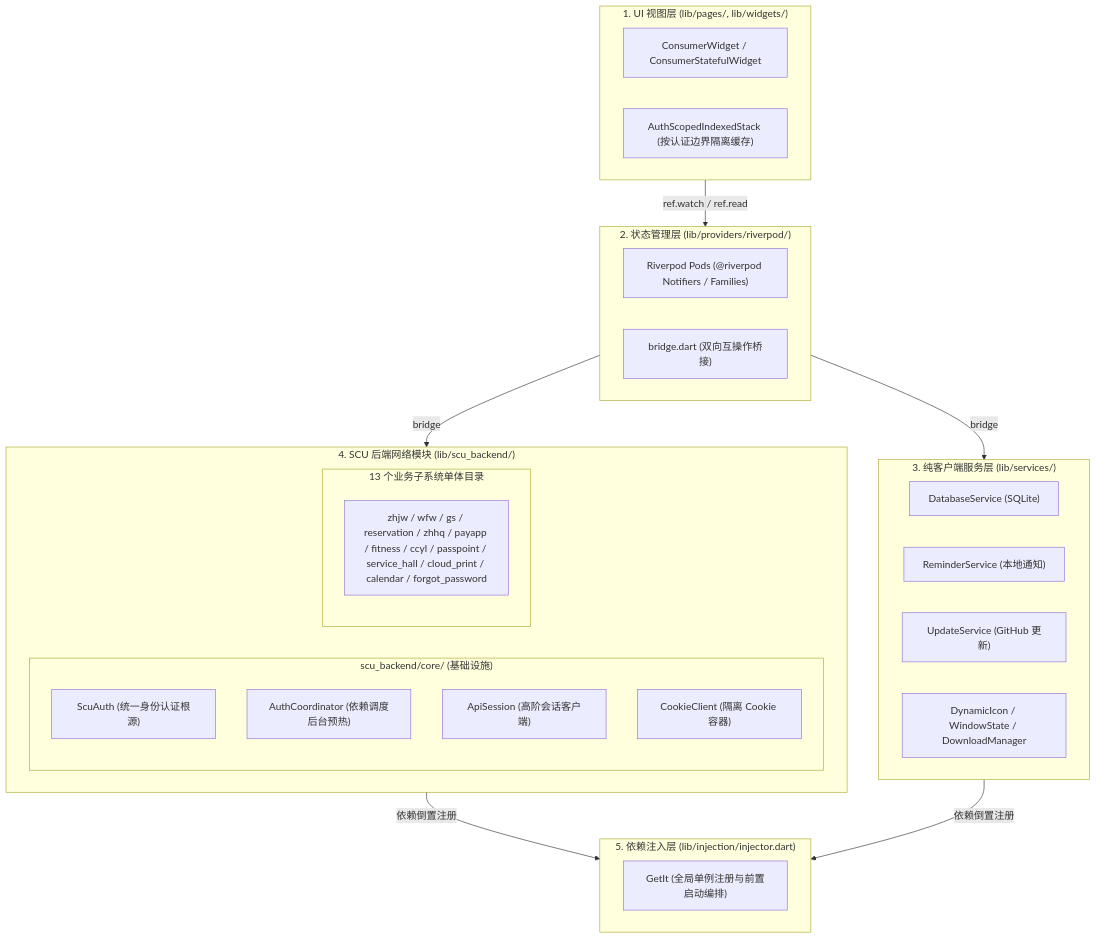
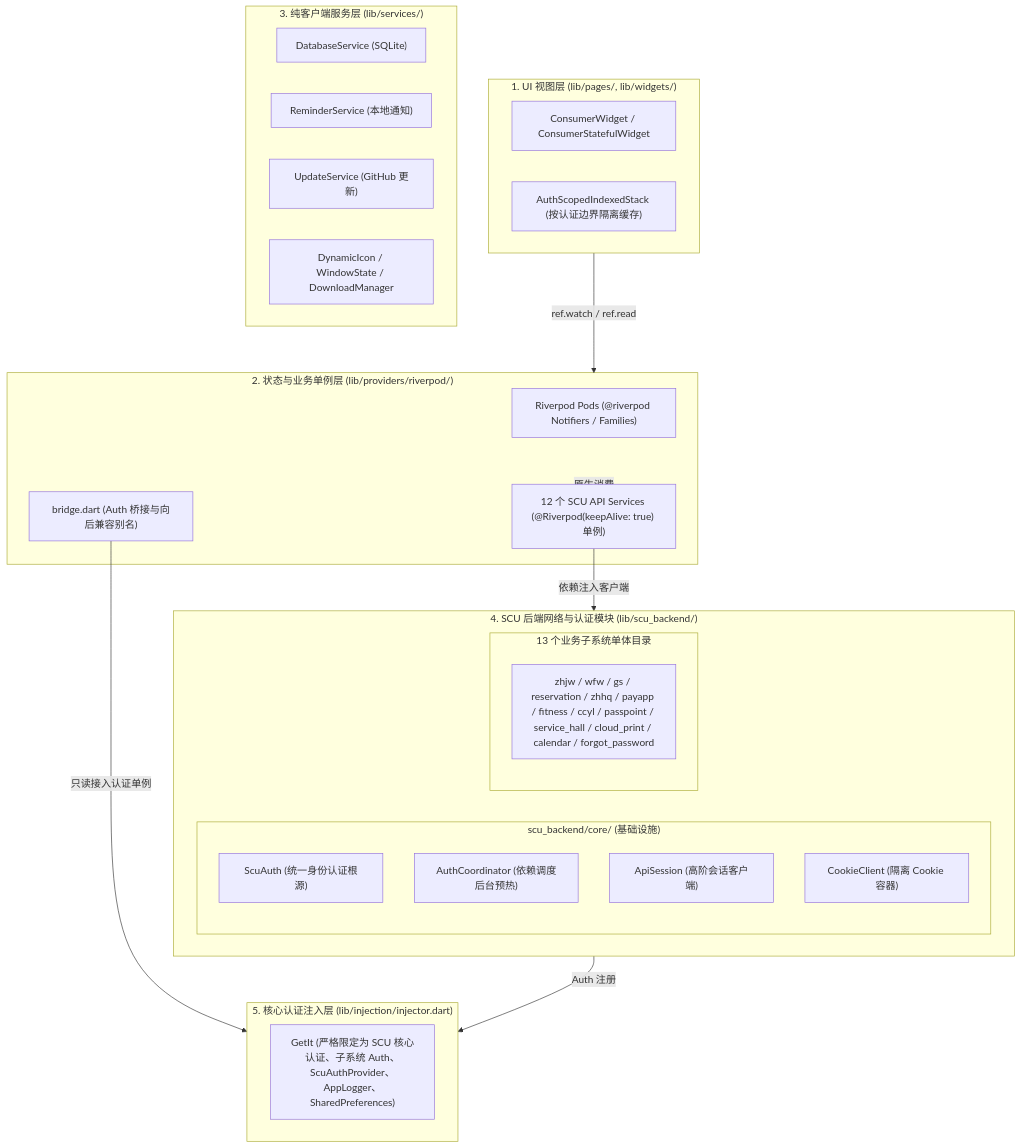
The diagram in docs/architecture/modernized-state-and-network.md (The-Brotherhood-of-SCU/Bugaoshan), drawn with Mermaid before and after one commit. The commit also changed other lines of this file and 84 other files, not shown here.

Commit message:
refactor: migrate from AppConfigProvider to Riverpod settings providers

````diff
--- a/docs/architecture/modernized-state-and-network.md
+++ b/docs/architecture/modernized-state-and-network.md
@@ -31,41 +31,42 @@
 ```mermaid
 flowchart TB
     subgraph UI["1. UI 视图层 (lib/pages/, lib/widgets/)"]
         CW["ConsumerWidget / ConsumerStatefulWidget"]
         AS["AuthScopedIndexedStack (按认证边界隔离缓存)"]
     end
 
-    subgraph State["2. 状态管理层 (lib/providers/riverpod/)"]
+    subgraph State["2. 状态与业务单例层 (lib/providers/riverpod/)"]
         Pods["Riverpod Pods (@riverpod Notifiers / Families)"]
-        Bridge["bridge.dart (双向互操作桥接)"]
+        ApiPods["12 个 SCU API Services (@Riverpod(keepAlive: true) 单例)"]
+        Bridge["bridge.dart (Auth 桥接与向后兼容别名)"]
     end
 
     subgraph ClientServices["3. 纯客户端服务层 (lib/services/)"]
         DB["DatabaseService (SQLite)"]
         Reminder["ReminderService (本地通知)"]
         Update["UpdateService (GitHub 更新)"]
         LocalOther["DynamicIcon / WindowState / DownloadManager"]
     end
 
-    subgraph ScuBackend["4. SCU 后端网络模块 (lib/scu_backend/)"]
+    subgraph ScuBackend["4. SCU 后端网络与认证模块 (lib/scu_backend/)"]
         subgraph Core["scu_backend/core/ (基础设施)"]
             SA["ScuAuth (统一身份认证根源)"]
             AC["AuthCoordinator (依赖调度后台预热)"]
             ASess["ApiSession (高阶会话客户端)"]
             CC["CookieClient (隔离 Cookie 容器)"]
         end
         subgraph Subsystems["13 个业务子系统单体目录"]
             SSO["zhjw / wfw / gs / reservation / zhhq / payapp / fitness / ccyl / passpoint / service_hall / cloud_print / calendar / forgot_password"]
         end
     end
 
-    subgraph DI["5. 依赖注入层 (lib/injection/injector.dart)"]
-        GetItBoot["GetIt (全局单例注册与前置启动编排)"]
+    subgraph DI["5. 核心认证注入层 (lib/injection/injector.dart)"]
+        GetItBoot["GetIt (严格限定为 SCU 核心认证、子系统 Auth、ScuAuthProvider、AppLogger、SharedPreferences)"]
     end
 
     UI -->|ref.watch / ref.read| State
-    State -->|bridge| ClientServices
-    State -->|bridge| ScuBackend
-    ScuBackend -->|依赖倒置注册| DI
-    ClientServices -->|依赖倒置注册| DI
+    State -->|原生消费| ApiPods
+    ApiPods -->|依赖注入客户端| ScuBackend
+    Bridge -->|只读接入认证单例| DI
+    ScuBackend -->|Auth 注册| DI
 ```
````
